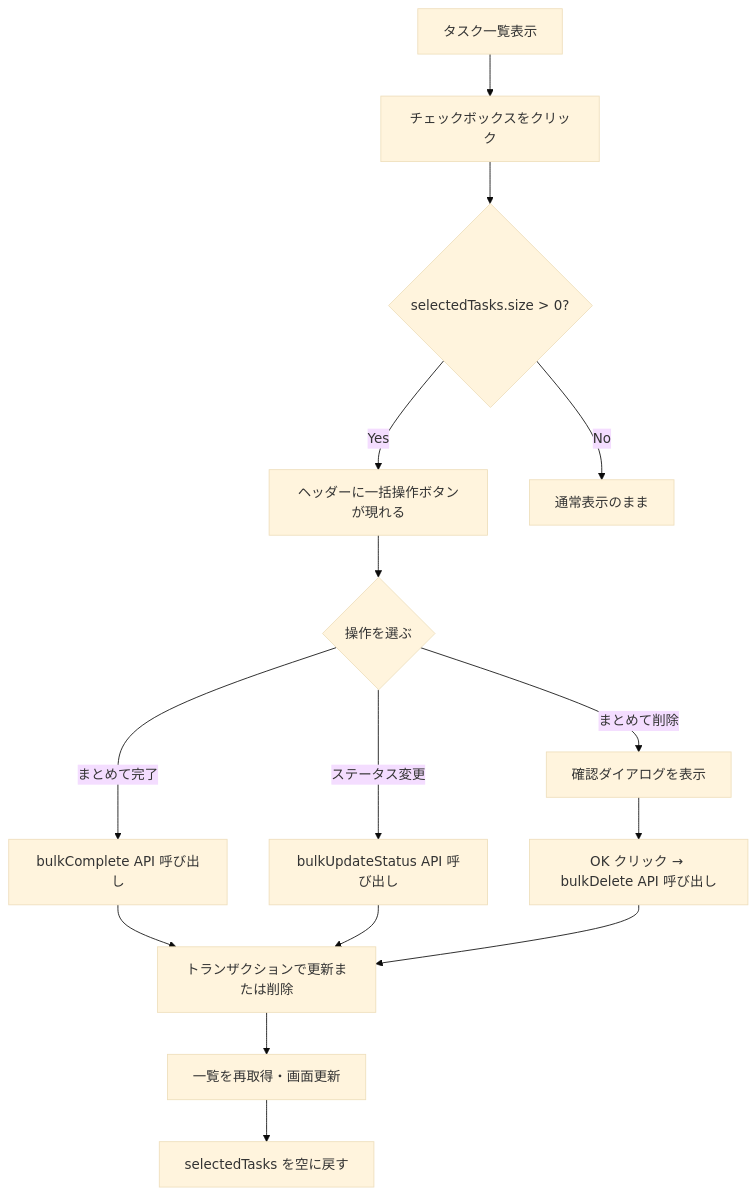
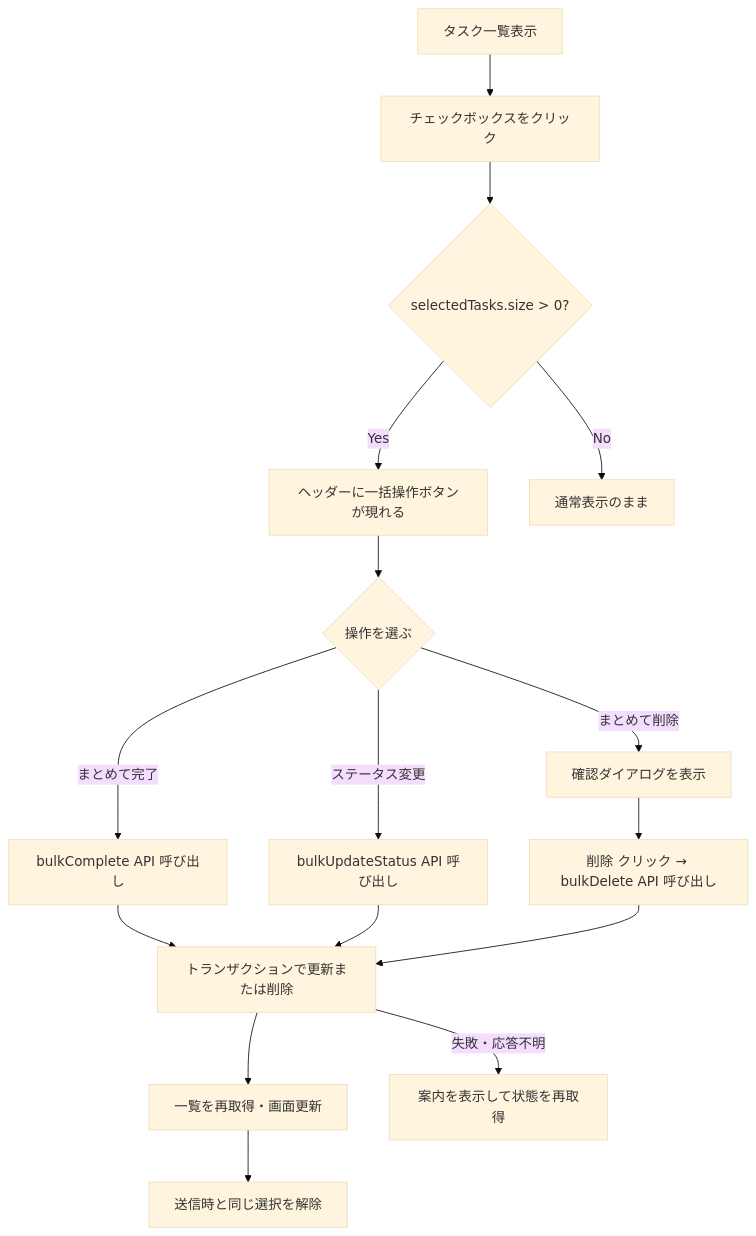
One commit to kouiso/task-app changed the diagram in material/30days-curriculum/day28_タスク一括操作を実装しよう.md. Above: the diagram before and after it, drawn with Mermaid (base theme). The commit also changed other lines of this file and 345 other files, not shown here.

````diff
--- a/material/30days-curriculum/day28_タスク一括操作を実装しよう.md
+++ b/material/30days-curriculum/day28_タスク一括操作を実装しよう.md
@@ -56,17 +56,18 @@
 ```mermaid
 flowchart TD
     A[タスク一覧表示] --> B[チェックボックスをクリック]
     B --> C{selectedTasks.size > 0?}
     C -->|Yes| D[ヘッダーに一括操作ボタンが現れる]
     C -->|No| E[通常表示のまま]
     D --> F{操作を選ぶ}
     F -->|まとめて完了| G[bulkComplete API 呼び出し]
     F -->|ステータス変更| H[bulkUpdateStatus API 呼び出し]
     F -->|まとめて削除| I[確認ダイアログを表示]
-    I --> J[OK クリック → bulkDelete API 呼び出し]
+    I --> J[削除 クリック → bulkDelete API 呼び出し]
     G --> K[トランザクションで更新または削除]
     H --> K
     J --> K
     K --> L[一覧を再取得・画面更新]
-    L --> M[selectedTasks を空に戻す]
+    L --> M[送信時と同じ選択を解除]
+    K -->|失敗・応答不明| N[案内を表示して状態を再取得]
 ```
````
